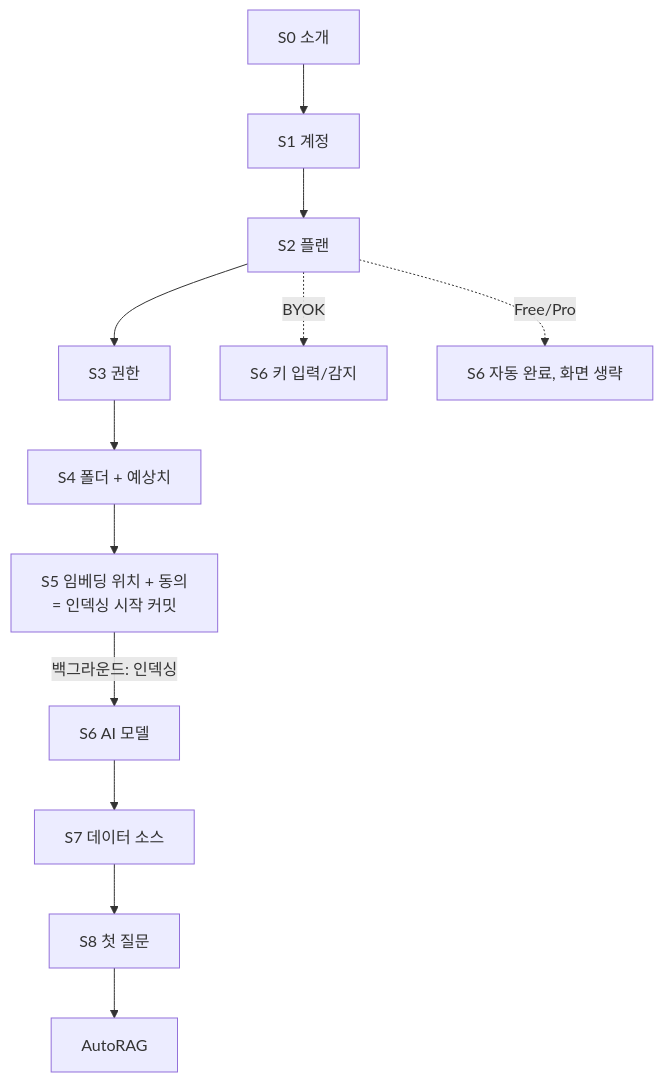
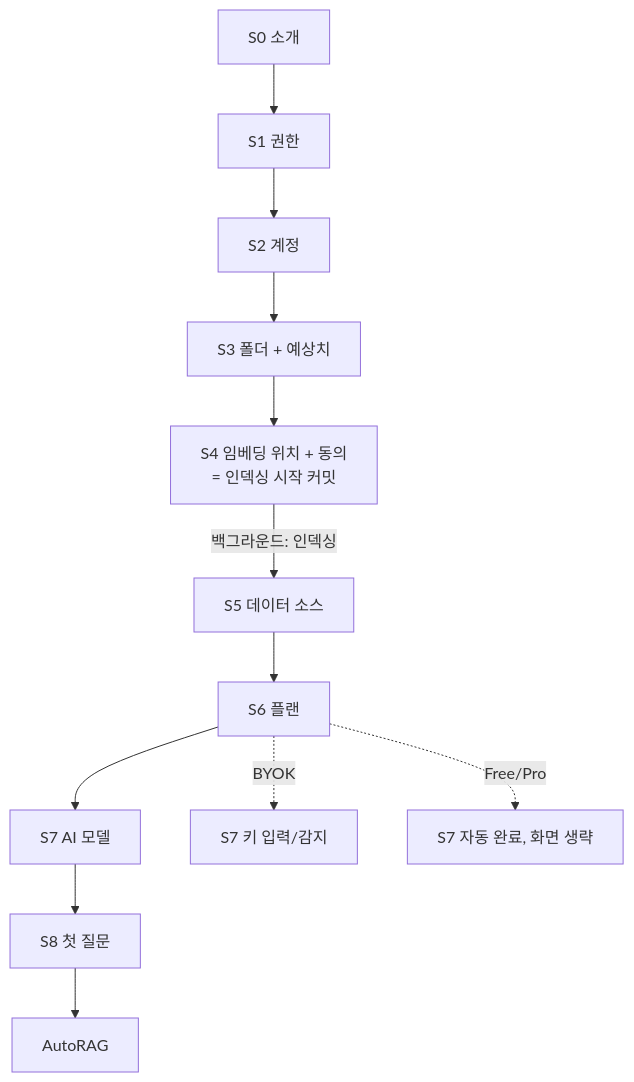
One commit to NomaDamas/AutoRAG-app changed the first of 2 diagrams in docs/onboarding-plan.md. Above: the diagram before and after it, drawn with Mermaid. The commit also changed other lines of this file and 1 other file, not shown here.

Commit message:
docs(onboarding): reorder flow to intro, permissions, account, folders, embedding, sources, plan, model

````diff
--- a/docs/onboarding-plan.md
+++ b/docs/onboarding-plan.md
@@ -71,14 +71,14 @@
 ```mermaid
 flowchart TD
-  S0[S0 소개] --> S1[S1 계정]
-  S1 --> S2[S2 플랜]
-  S2 --> S3[S3 권한]
-  S3 --> S4[S4 폴더 + 예상치]
-  S4 --> S5[S5 임베딩 위치 + 동의<br/>= 인덱싱 시작 커밋]
-  S5 -->|백그라운드: 인덱싱| S6[S6 AI 모델]
-  S6 --> S7[S7 데이터 소스]
+  S0[S0 소개] --> S1[S1 권한]
+  S1 --> S2[S2 계정]
+  S2 --> S3[S3 폴더 + 예상치]
+  S3 --> S4[S4 임베딩 위치 + 동의<br/>= 인덱싱 시작 커밋]
+  S4 -->|백그라운드: 인덱싱| S5[S5 데이터 소스]
+  S5 --> S6[S6 플랜]
+  S6 --> S7[S7 AI 모델]
   S7 --> S8[S8 첫 질문]
   S8 --> F[AutoRAG]
-  S2 -. BYOK .-> S6b[S6 키 입력/감지]
-  S2 -. Free/Pro .-> S6a[S6 자동 완료, 화면 생략]
+  S6 -. BYOK .-> S7b[S7 키 입력/감지]
+  S6 -. Free/Pro .-> S7a[S7 자동 완료, 화면 생략]
 ```
````
